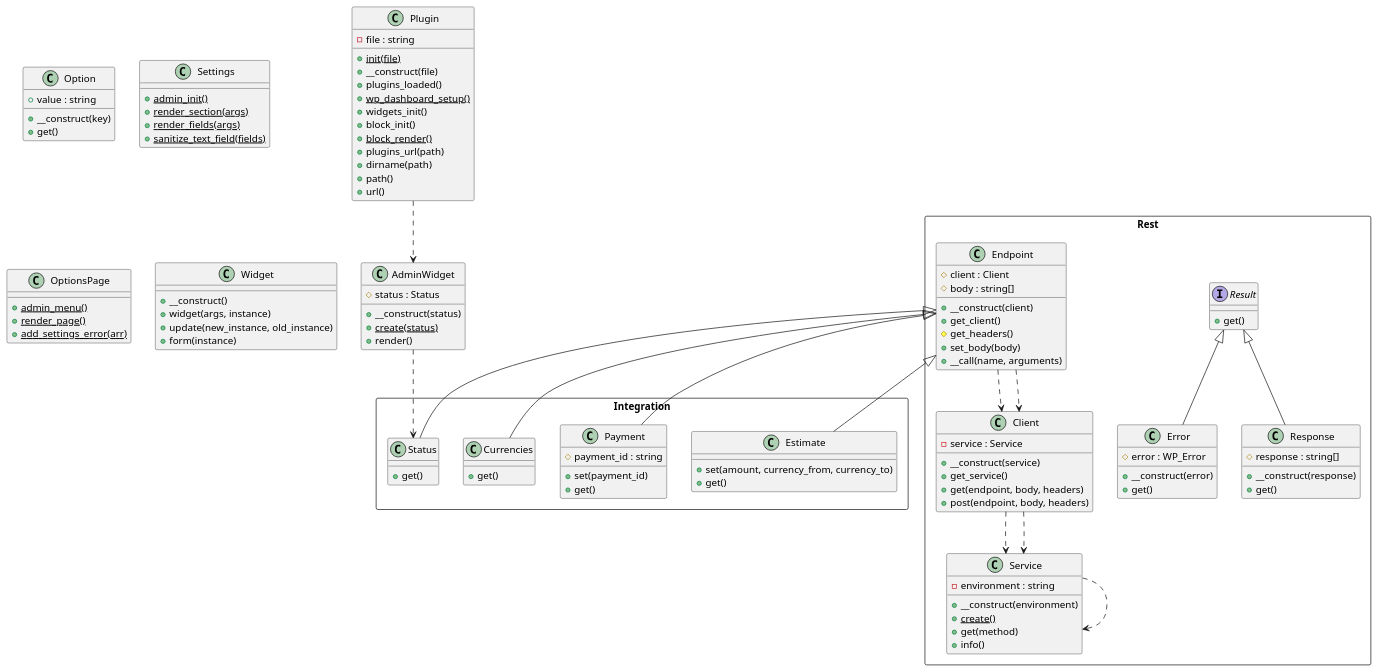
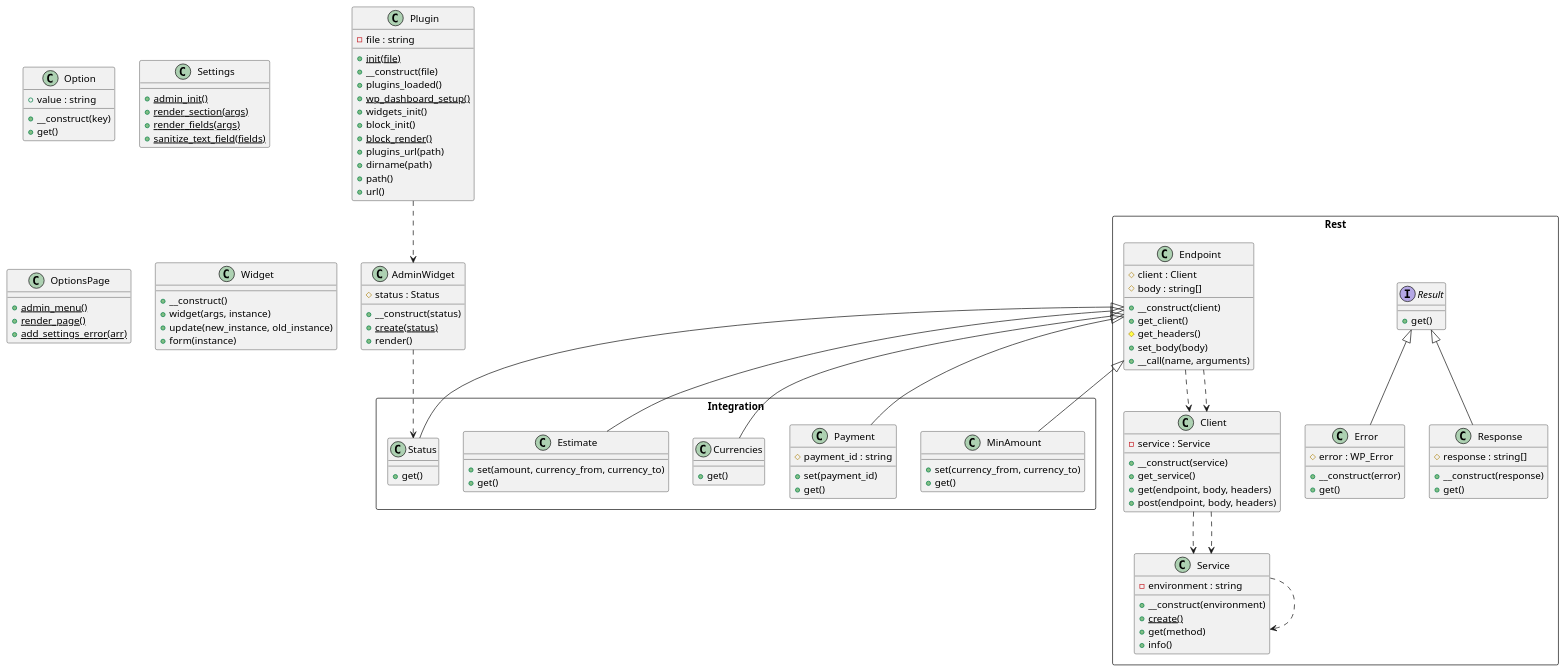
One commit to lloc/wp-nowpayments-integration changed the diagram in plantuml_gist.puml. Above: the diagram before and after it, drawn with PlantUML. The commit also changed 2 other files, not shown here.

Commit message:
MinAmount class added and tested

```diff
--- a/plantuml_gist.puml
+++ b/plantuml_gist.puml
@@ -1,112 +1,117 @@
 @startuml class-diagram
   class Option {
     +value : string
     +__construct(key)
     +get()
   }
   class Settings {
     {static} +admin_init()
     {static} +render_section(args)
     {static} +render_fields(args)
     {static} +sanitize_text_field(fields)
   }
   class Plugin {
     -file : string
     {static} +init(file)
     +__construct(file)
     +plugins_loaded()
     {static} +wp_dashboard_setup()
     +widgets_init()
     +block_init()
     {static} +block_render()
     +plugins_url(path)
     +dirname(path)
     +path()
     +url()
   }
   class AdminWidget {
     #status : Status
     +__construct(status)
     {static} +create(status)
     +render()
   }
   class OptionsPage {
     {static} +admin_menu()
     {static} +render_page()
     {static} +add_settings_error(arr)
   }
   class Widget {
     +__construct()
     +widget(args, instance)
     +update(new_instance, old_instance)
     +form(instance)
   }
   package Integration as Integration <<Rectangle>> {
     class Integration.Status {
       +get()
     }
     class Integration.Payment {
       #payment_id : string
       +set(payment_id)
       +get()
     }
     class Integration.Currencies {
       +get()
     }
     class Integration.Estimate {
       +set(amount, currency_from, currency_to)
       +get()
     }
+    class Integration.MinAmount {
+      +set(currency_from, currency_to)
+      +get()
+    }
   }
   package Rest as Rest <<Rectangle>> {
     interface Rest.Result {
       +get()
     }
     class Rest.Error {
       #error : WP_Error
       +__construct(error)
       +get()
     }
     class Rest.Service {
       -environment : string
       +__construct(environment)
       {static} +create()
       +get(method)
       +info()
     }
     class Rest.Client {
       -service : Service
       +__construct(service)
       +get_service()
       +get(endpoint, body, headers)
       +post(endpoint, body, headers)
     }
     class Rest.Response {
       #response : string[]
       +__construct(response)
       +get()
     }
     class Rest.Endpoint {
       #client : Client
       #body : string[]
       +__construct(client)
       +get_client()
       #get_headers()
       +set_body(body)
       +__call(name, arguments)
     }
   }
   AdminWidget ..> Integration.Status
   Plugin ..> AdminWidget
   Rest.Client ..> Rest.Service
   Rest.Client ..> Rest.Service
   Rest.Endpoint ..> Rest.Client
   Rest.Endpoint ..> Rest.Client
   Rest.Endpoint <|-- Integration.Currencies
   Rest.Endpoint <|-- Integration.Estimate
+  Rest.Endpoint <|-- Integration.MinAmount
   Rest.Endpoint <|-- Integration.Payment
   Rest.Endpoint <|-- Integration.Status
   Rest.Result <|-- Rest.Error
   Rest.Result <|-- Rest.Response
   Rest.Service ..> Rest.Service
 @enduml
```
